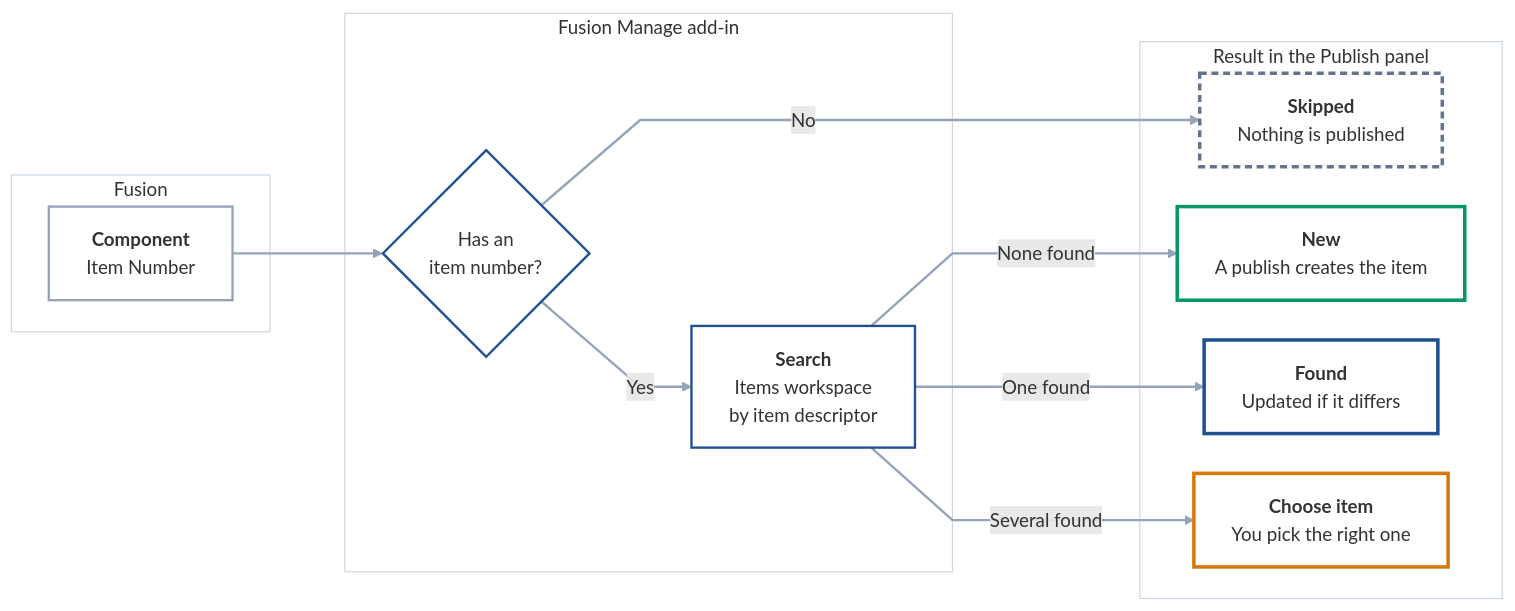
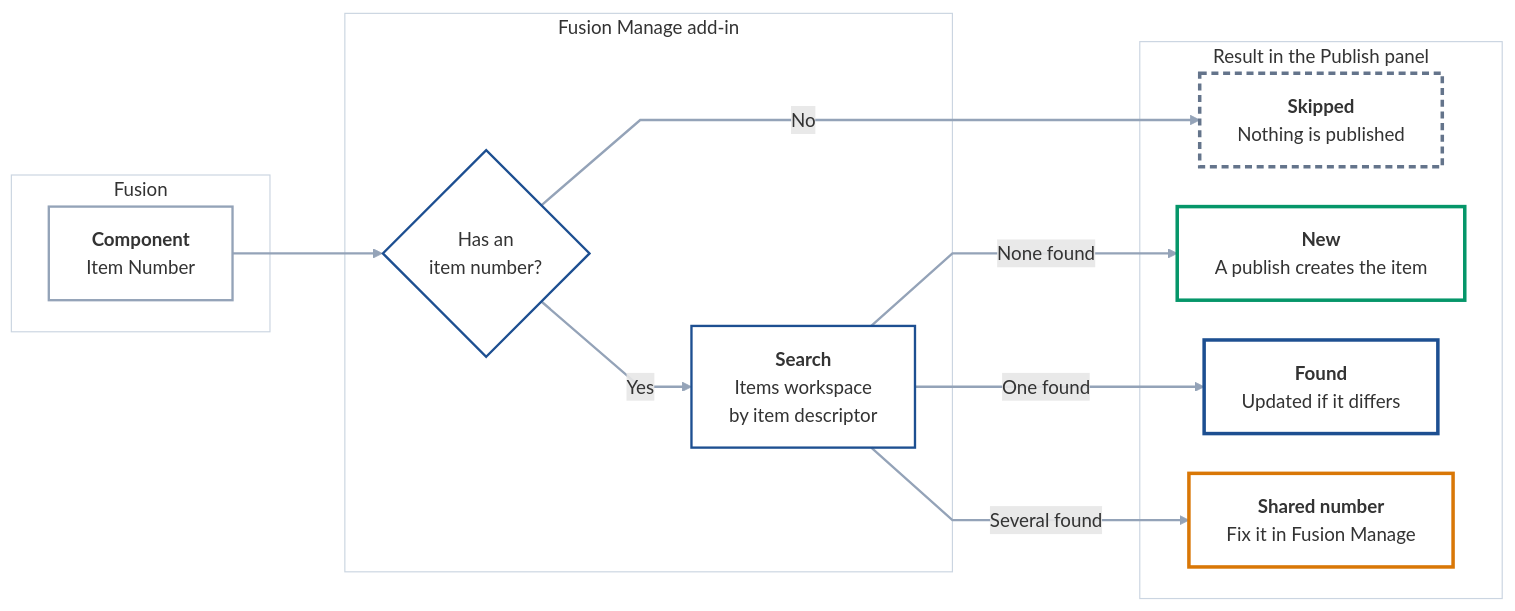
One commit to AHoop91/FusionToFusionManageAddon changed the diagram in docs/configuration/index.md. Above: the diagram before and after it, drawn with Mermaid. The commit also changed 53 other files, not shown here.

First line of the commit message:
Fail a publish before it writes when item numbers are shared in Fusion Manage

````diff
--- a/docs/configuration/index.md
+++ b/docs/configuration/index.md
@@ -129,43 +129,43 @@
 ```mermaid
 %%{init: {"flowchart": {"curve": "linear", "nodeSpacing": 34, "rankSpacing": 64, "padding": 16}}}%%
 flowchart LR
     subgraph FUSION["Fusion"]
         C["<b>Component</b><br/>Item Number"]
     end
 
     subgraph ADDIN["Fusion Manage add-in"]
         H{"Has an<br/>item number?"}
         S["<b>Search</b><br/>Items workspace<br/>by item descriptor"]
     end
 
     subgraph RESULT["Result in the Publish panel"]
         K["<b>Skipped</b><br/>Nothing is published"]
         N["<b>New</b><br/>A publish creates the item"]
         U["<b>Found</b><br/>Updated if it differs"]
-        X["<b>Choose item</b><br/>You pick the right one"]
+        X["<b>Shared number</b><br/>Fix it in Fusion Manage"]
     end
 
     C --> H
     H -->|"No"| K
     H -->|"Yes"| S
     S -->|"None found"| N
     S -->|"One found"| U
     S -->|"Several found"| X
 
     classDef source fill:transparent,stroke:#94a3b8,stroke-width:2px
     classDef check fill:transparent,stroke:#1d4f91,stroke-width:2px
     classDef created fill:transparent,stroke:#059669,stroke-width:3px
     classDef found fill:transparent,stroke:#1d4f91,stroke-width:3px
     classDef choose fill:transparent,stroke:#d97706,stroke-width:3px
     classDef skipped fill:transparent,stroke:#64748b,stroke-width:3px,stroke-dasharray:6 4
     class C source
     class H,S check
     class N created
     class U found
     class X choose
     class K skipped
     style FUSION fill:transparent,stroke:#cbd5e1,stroke-width:1px
     style ADDIN fill:transparent,stroke:#cbd5e1,stroke-width:1px
     style RESULT fill:transparent,stroke:#cbd5e1,stroke-width:1px
     linkStyle default stroke:#94a3b8,stroke-width:2px
 ```
````
